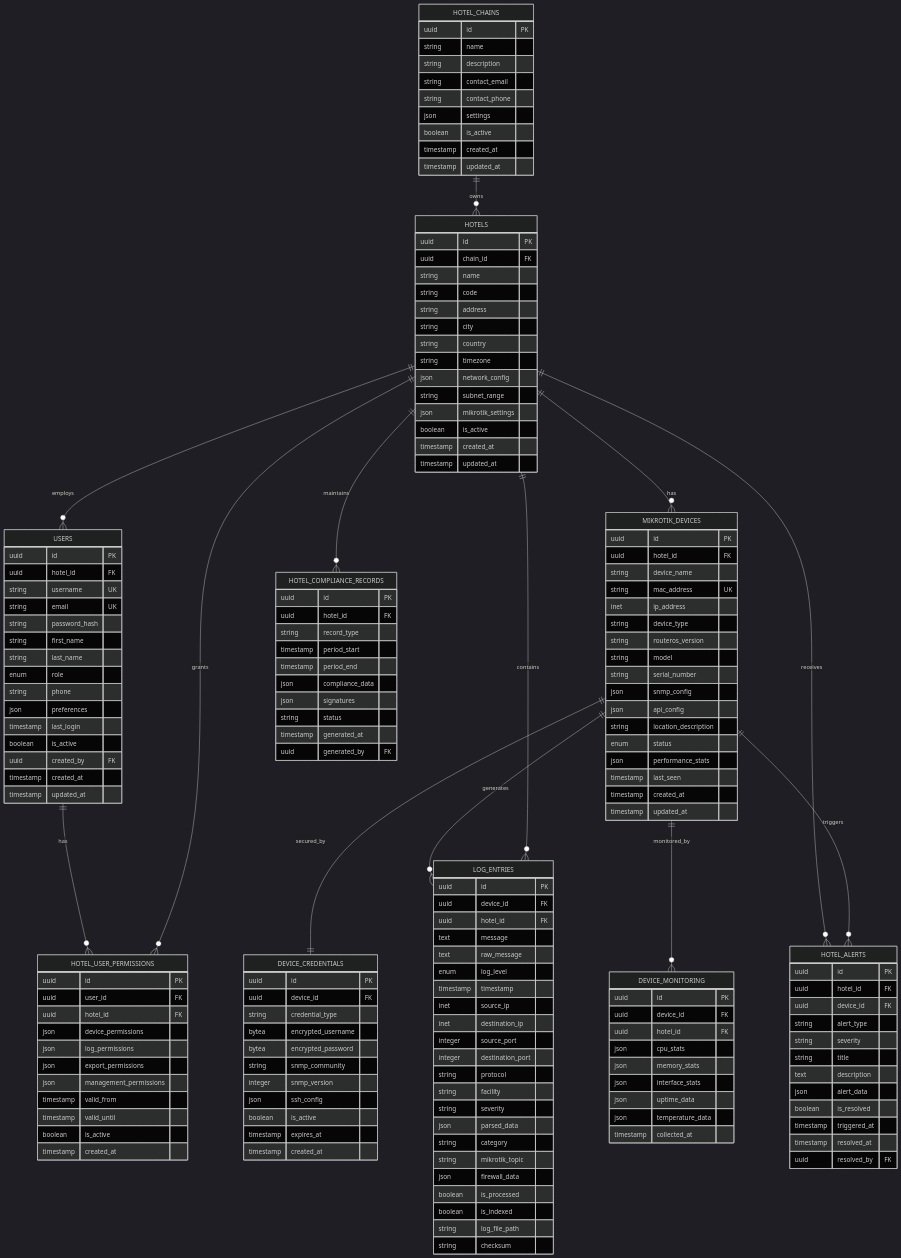
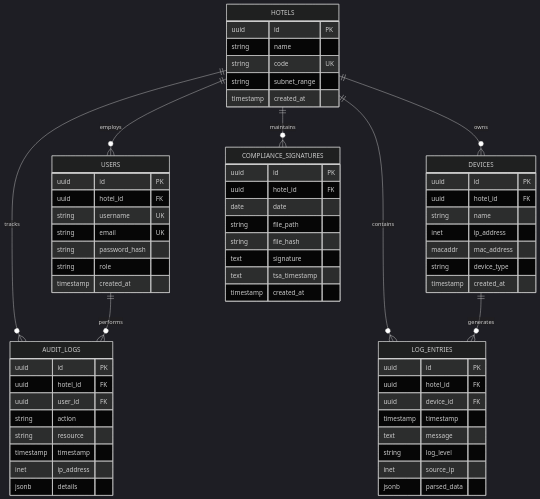
One commit to ozkanguner/logmaster changed the diagram in docs/architecture/database-schema.md. Above: the diagram before and after it, drawn with Mermaid (dark theme). The commit also changed other lines of this file and 3 other files, not shown here.

Commit message:
🔄 COMPLETE ARCHITECTURE REWRITE: Clean Multi-Tenant Design

````diff
--- a/docs/architecture/database-schema.md
+++ b/docs/architecture/database-schema.md
@@ -9,32 +11,11 @@
 ```mermaid
 erDiagram
-    HOTEL_CHAINS {
+    HOTELS {
         uuid id PK
         string name
-        string description
-        string contact_email
-        string contact_phone
-        json settings
-        boolean is_active
+        string code UK
+        string subnet_range
         timestamp created_at
-        timestamp updated_at
-    }
-    
-    HOTELS {
-        uuid id PK
-        uuid chain_id FK
-        string name
-        string code
-        string address
-        string city
-        string country
-        string timezone
-        json network_config
-        string subnet_range
-        json mikrotik_settings
-        boolean is_active
-        timestamp created_at
-        timestamp updated_at
     }
     
     USERS {
@@ -43,142 +24,59 @@
         string username UK
         string email UK
         string password_hash
-        string first_name
-        string last_name
-        enum role
-        string phone
-        json preferences
-        timestamp last_login
-        boolean is_active
-        uuid created_by FK
-        timestamp created_at
-        timestamp updated_at
-    }
-    
-    MIKROTIK_DEVICES {
-        uuid id PK
-        uuid hotel_id FK
-        string device_name
-        string mac_address UK
-        inet ip_address
-        string device_type
-        string routeros_version
-        string model
-        string serial_number
-        json snmp_config
-        json api_config
-        string location_description
-        enum status
-        json performance_stats
-        timestamp last_seen
-        timestamp created_at
-        timestamp updated_at
-    }
-    
-    DEVICE_CREDENTIALS {
-        uuid id PK
-        uuid device_id FK
-        string credential_type
-        bytea encrypted_username
-        bytea encrypted_password
-        string snmp_community
-        integer snmp_version
-        json ssh_config
-        boolean is_active
-        timestamp expires_at
+        string role
         timestamp created_at
     }
     
-    HOTEL_USER_PERMISSIONS {
+    DEVICES {
         uuid id PK
-        uuid user_id FK
         uuid hotel_id FK
-        json device_permissions
-        json log_permissions
-        json export_permissions
-        json management_permissions
-        timestamp valid_from
-        timestamp valid_until
-        boolean is_active
+        string name
+        inet ip_address
+        macaddr mac_address
+        string device_type
         timestamp created_at
     }
     
     LOG_ENTRIES {
         uuid id PK
+        uuid hotel_id FK
         uuid device_id FK
-        uuid hotel_id FK
+        timestamp timestamp
         text message
-        text raw_message
-        enum log_level
-        timestamp timestamp
+        string log_level
         inet source_ip
-        inet destination_ip
-        integer source_port
-        integer destination_port
-        string protocol
-        string facility
-        string severity
-        json parsed_data
-        string category
-        string mikrotik_topic
-        json firewall_data
-        boolean is_processed
-        boolean is_indexed
-        string log_file_path
-        string checksum
+        jsonb parsed_data
     }
     
-    HOTEL_COMPLIANCE_RECORDS {
+    COMPLIANCE_SIGNATURES {
         uuid id PK
         uuid hotel_id FK
-        string record_type
-        timestamp period_start
-        timestamp period_end
-        json compliance_data
-        json signatures
-        string status
-        timestamp generated_at
-        uuid generated_by FK
+        date date
+        string file_path
+        string file_hash
+        text signature
+        text tsa_timestamp
+        timestamp created_at
     }
     
-    DEVICE_MONITORING {
-        uuid id PK
-        uuid device_id FK
-        uuid hotel_id FK
-        json cpu_stats
-        json memory_stats
-        json interface_stats
-        json uptime_data
-        json temperature_data
-        timestamp collected_at
-    }
-    
-    HOTEL_ALERTS {
+    AUDIT_LOGS {
         uuid id PK
         uuid hotel_id FK
-        uuid device_id FK
-        string alert_type
-        string severity
-        string title
-        text description
-        json alert_data
-        boolean is_resolved
-        timestamp triggered_at
-        timestamp resolved_at
-        uuid resolved_by FK
+        uuid user_id FK
+        string action
+        string resource
+        timestamp timestamp
+        inet ip_address
+        jsonb details
     }
 
     %% Relationships
-    HOTEL_CHAINS ||--o{ HOTELS : "owns"
     HOTELS ||--o{ USERS : "employs"
-    HOTELS ||--o{ MIKROTIK_DEVICES : "has"
-    MIKROTIK_DEVICES ||--|| DEVICE_CREDENTIALS : "secured_by"
-    USERS ||--o{ HOTEL_USER_PERMISSIONS : "has"
-    HOTELS ||--o{ HOTEL_USER_PERMISSIONS : "grants"
-    MIKROTIK_DEVICES ||--o{ LOG_ENTRIES : "generates"
+    HOTELS ||--o{ DEVICES : "owns"
     HOTELS ||--o{ LOG_ENTRIES : "contains"
-    HOTELS ||--o{ HOTEL_COMPLIANCE_RECORDS : "maintains"
-    MIKROTIK_DEVICES ||--o{ DEVICE_MONITORING : "monitored_by"
-    HOTELS ||--o{ HOTEL_ALERTS : "receives"
-    MIKROTIK_DEVICES ||--o{ HOTEL_ALERTS : "triggers"
+    HOTELS ||--o{ COMPLIANCE_SIGNATURES : "maintains"
+    HOTELS ||--o{ AUDIT_LOGS : "tracks"
+    USERS ||--o{ AUDIT_LOGS : "performs"
+    DEVICES ||--o{ LOG_ENTRIES : "generates"
 ```
````
